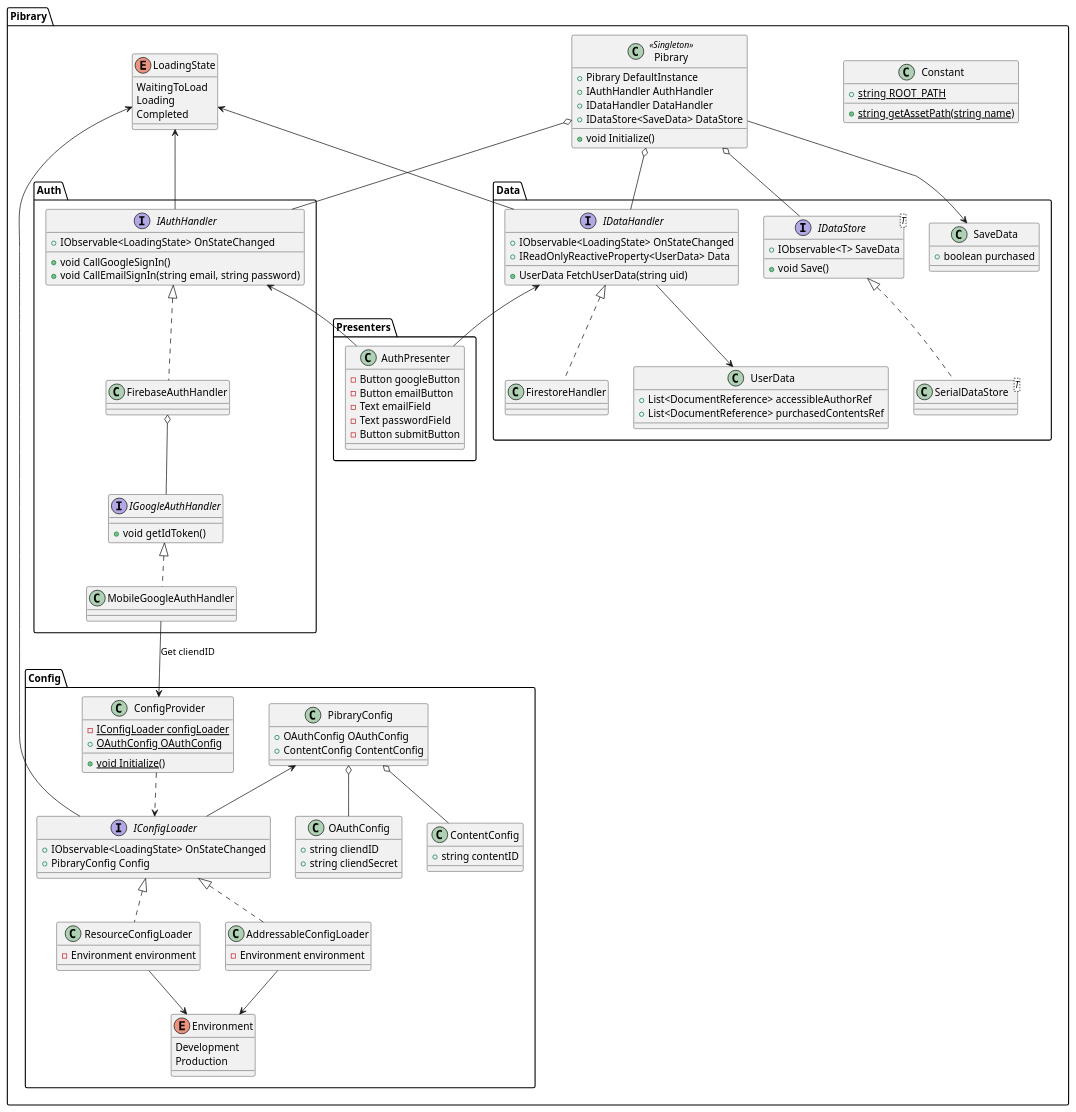
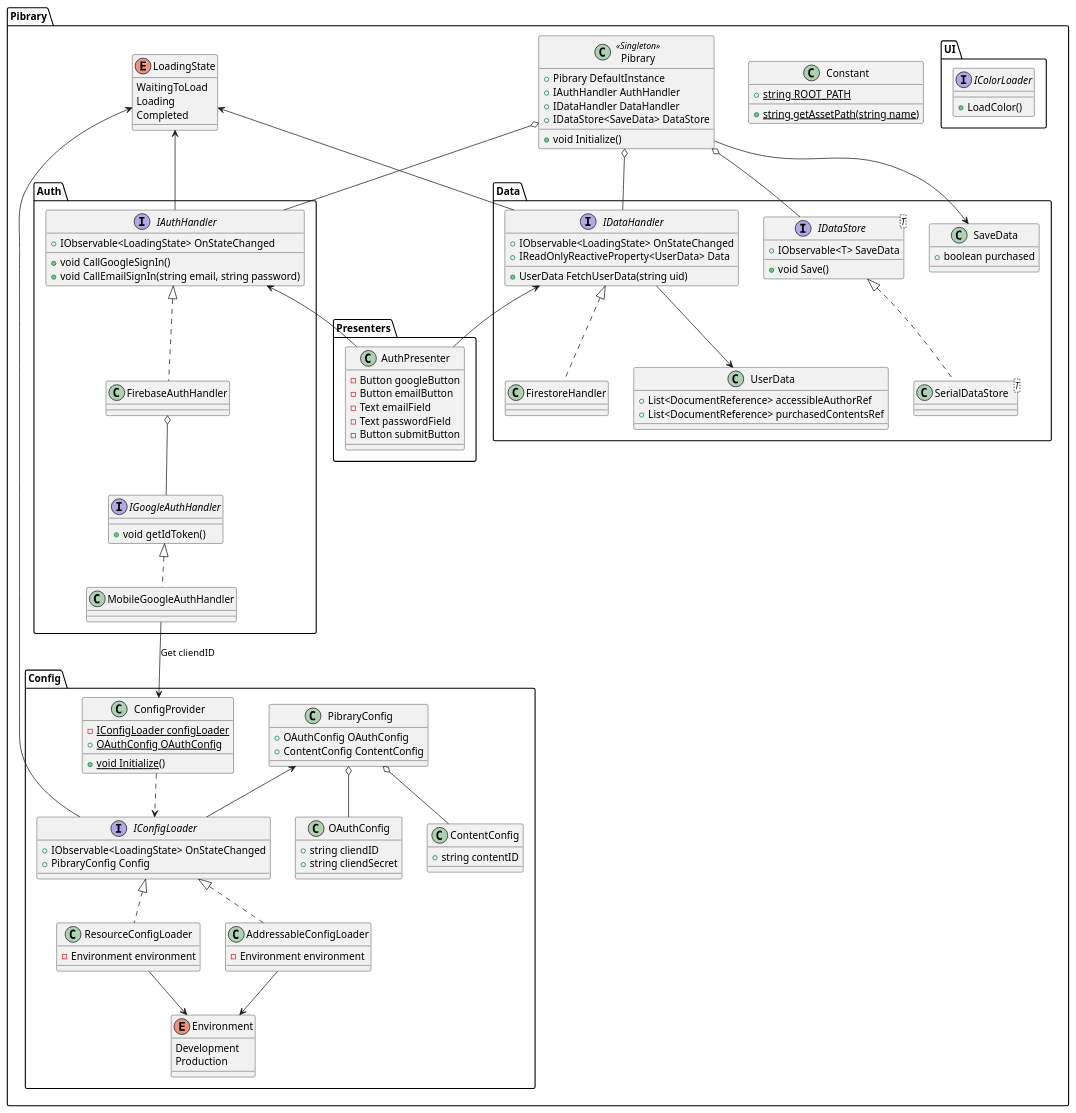
Before and after one commit to Harineko0/pibrary-for-unity-fixed: the diagram in pibrary-for-unity.pu, drawn with PlantUML. The commit also changed 30 other files, not shown here.

```diff
--- a/pibrary-for-unity.pu
+++ b/pibrary-for-unity.pu
@@ -1,146 +1,152 @@
 @startuml pibrary-for-unity
 namespace Pibrary {
     class Constant {
         {static} + string ROOT_PATH
         {static} + string getAssetPath(string name)
     }
 
     class Pibrary<<Singleton>> {
         + Pibrary DefaultInstance
         + IAuthHandler AuthHandler
         + IDataHandler DataHandler
         + IDataStore<SaveData> DataStore
         + void Initialize()
         
     }
 
     enum LoadingState {
         WaitingToLoad
         Loading
         Completed
     }
 }
 
 namespace Pibrary.Config {
     enum Environment
     {
         Development
         Production
     }
 
     interface IConfigLoader {
         + IObservable<LoadingState> OnStateChanged
         + PibraryConfig Config
     }
 
     class AddressableConfigLoader implements IConfigLoader {
         - Environment environment
     }
 
     class ResourceConfigLoader implements IConfigLoader {
         - Environment environment
     }
 
     class ConfigProvider {
         {static} - IConfigLoader configLoader
         {static} + OAuthConfig OAuthConfig
         {static} + void Initialize()
     }
 
     class PibraryConfig {
         + OAuthConfig OAuthConfig
         + ContentConfig ContentConfig
     }
 
     class OAuthConfig {
         + string cliendID
         + string cliendSecret
     }
 
     class ContentConfig {
         + string contentID
     }
 
     PibraryConfig <-- IConfigLoader
     ConfigProvider ..> IConfigLoader
     PibraryConfig o-- ContentConfig
     PibraryConfig o-- OAuthConfig
     Environment <-u- AddressableConfigLoader
     Environment <-u- ResourceConfigLoader
 }
 
 namespace Pibrary.Auth {
     interface IAuthHandler {
         + IObservable<LoadingState> OnStateChanged 
         + void CallGoogleSignIn()
         + void CallEmailSignIn(string email, string password)
     }
 
     class FirebaseAuthHandler implements IAuthHandler {
 
     }
 
     interface IGoogleAuthHandler {
         + void getIdToken()
     }
     
     class MobileGoogleAuthHandler implements IGoogleAuthHandler {
 
     }
 
     FirebaseAuthHandler o-- IGoogleAuthHandler
 }
 
 namespace Pibrary.Data {
     class UserData {
         + List<DocumentReference> accessibleAuthorRef
         + List<DocumentReference> purchasedContentsRef
     }
 
     class SaveData {
         + boolean purchased
     }
 
     interface IDataHandler {
         + IObservable<LoadingState> OnStateChanged 
         + IReadOnlyReactiveProperty<UserData> Data
         + UserData FetchUserData(string uid)
     }
 
     class FirestoreHandler implements IDataHandler {
 
     }
 
     interface IDataStore<T> {
         + IObservable<T> SaveData
         + void Save()
     }
 
     class SerialDataStore<T> implements IDataStore {
 
     }
 
     UserData <-u- IDataHandler
 }
 
 namespace Pibrary.Presenters {
     class AuthPresenter {
         - Button googleButton
         - Button emailButton
         - Text emailField
         - Text passwordField
         - Button submitButton
     }
 }
 
+namespace Pibrary.UI {
+    interface IColorLoader {
+        + LoadColor()
+    }
+}
+
 Pibrary.Pibrary o-- Pibrary.Auth.IAuthHandler
 Pibrary.Pibrary o-- Pibrary.Data.IDataHandler
 Pibrary.Pibrary o-- Pibrary.Data.IDataStore
 Pibrary.Auth.IAuthHandler <-- Pibrary.Presenters.AuthPresenter
 Pibrary.Data.IDataHandler <-- Pibrary.Presenters.AuthPresenter
 Pibrary.Data.SaveData <-- Pibrary.Pibrary
 Pibrary.LoadingState <-- Pibrary.Data.IDataHandler
 Pibrary.LoadingState <-- Pibrary.Auth.IAuthHandler
 Pibrary.LoadingState <-- Pibrary.Config.IConfigLoader
 Pibrary.Auth.MobileGoogleAuthHandler --> Pibrary.Config.ConfigProvider : Get cliendID
 @enduml
```
